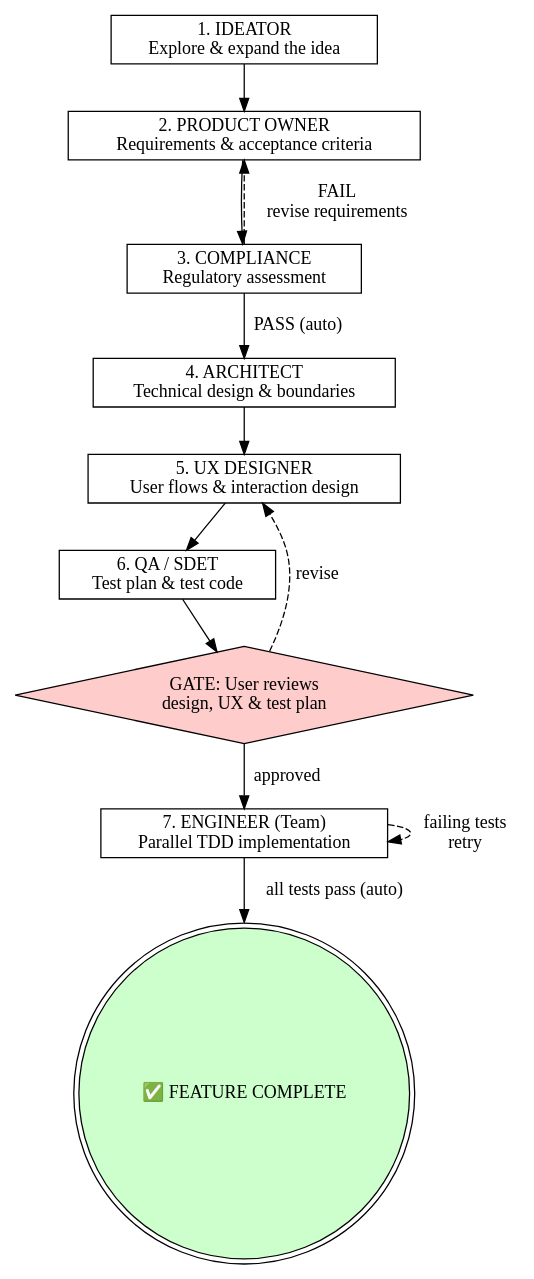
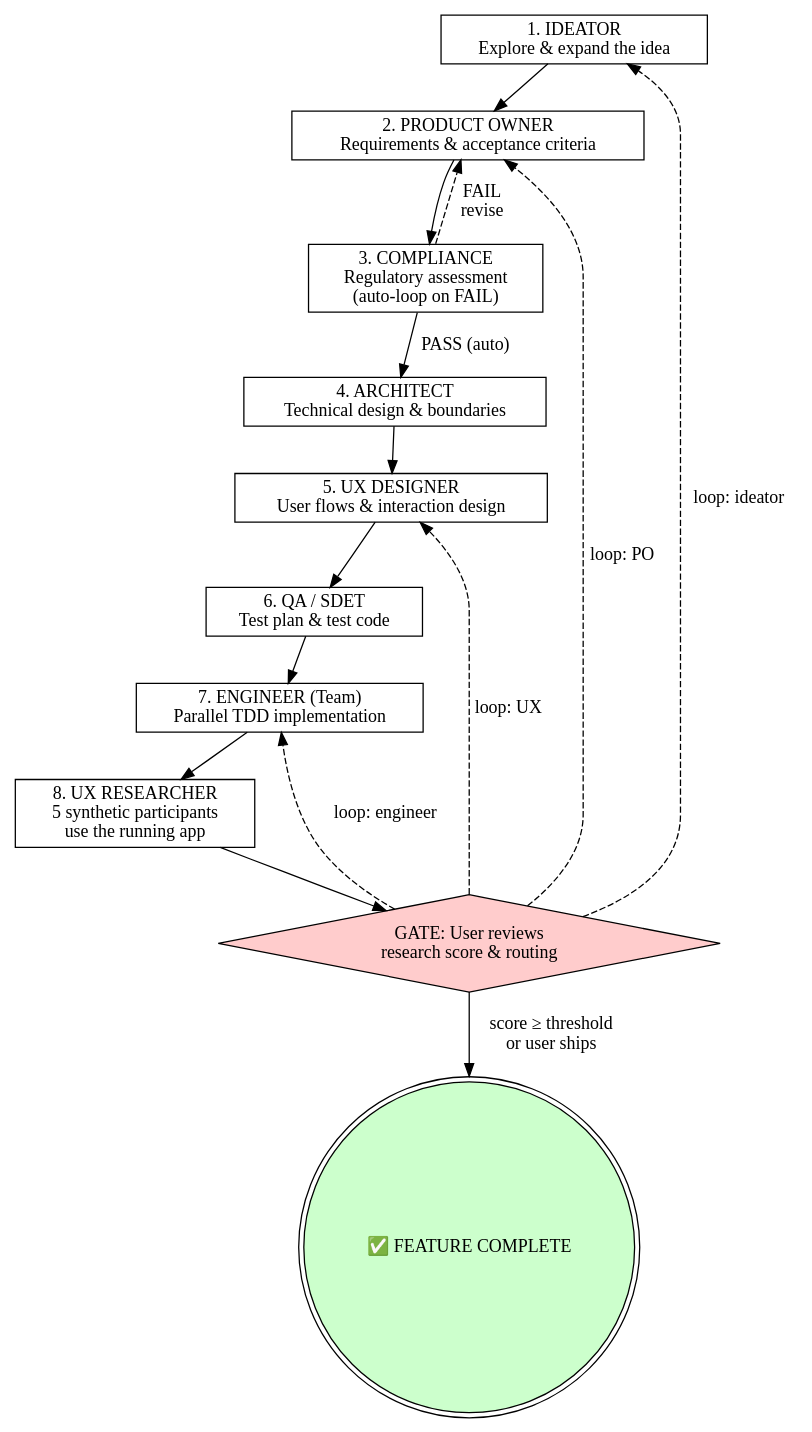
Before and after one commit to jknack0/sdlc-pipeline: the diagram in skills/orchestrator/SKILL.md, drawn with Graphviz. The commit also changed other lines of this file and 4 other files, not shown here.

First line of the commit message:
Add UX Researcher phase with iterative synthetic user studies

````diff
--- a/skills/orchestrator/SKILL.md
+++ b/skills/orchestrator/SKILL.md
@@ -16,28 +16,32 @@
 ```dot
 digraph pipeline {
     rankdir=TB;
     node [shape=box];
 
     ideator [label="1. IDEATOR\nExplore & expand the idea"];
     po [label="2. PRODUCT OWNER\nRequirements & acceptance criteria"];
-    compliance [label="3. COMPLIANCE\nRegulatory assessment"];
+    compliance [label="3. COMPLIANCE\nRegulatory assessment\n(auto-loop on FAIL)"];
     architect [label="4. ARCHITECT\nTechnical design & boundaries"];
     ux [label="5. UX DESIGNER\nUser flows & interaction design"];
     qa [label="6. QA / SDET\nTest plan & test code"];
-    gate_design [label="GATE: User reviews\ndesign, UX & test plan" shape=diamond style=filled fillcolor="#ffcccc"];
     engineer [label="7. ENGINEER (Team)\nParallel TDD implementation"];
+    research [label="8. UX RESEARCHER\n5 synthetic participants\nuse the running app"];
+    gate_research [label="GATE: User reviews\nresearch score & routing" shape=diamond style=filled fillcolor="#ffcccc"];
     done [label="✅ FEATURE COMPLETE" shape=doublecircle style=filled fillcolor="#ccffcc"];
 
     ideator -> po;
     po -> compliance;
     compliance -> architect [label="PASS (auto)"];
-    compliance -> po [label="FAIL\nrevise requirements" style=dashed];
+    compliance -> po [label="FAIL\nrevise" style=dashed];
     architect -> ux;
     ux -> qa;
-    qa -> gate_design;
-    gate_design -> engineer [label="approved"];
-    gate_design -> ux [label="revise" style=dashed];
-    engineer -> done [label="all tests pass (auto)"];
-    engineer -> engineer [label="failing tests\nretry" style=dashed];
+    qa -> engineer;
+    engineer -> research;
+    research -> gate_research;
+    gate_research -> done [label="score ≥ threshold\nor user ships"];
+    gate_research -> ideator [label="loop: ideator" style=dashed];
+    gate_research -> po [label="loop: PO" style=dashed];
+    gate_research -> ux [label="loop: UX" style=dashed];
+    gate_research -> engineer [label="loop: engineer" style=dashed];
 }
 ```
````
